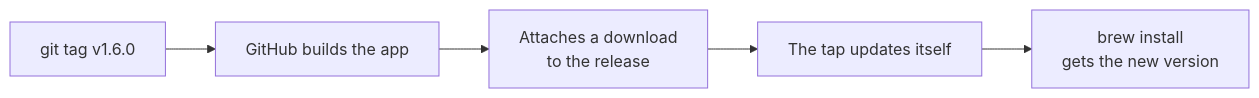
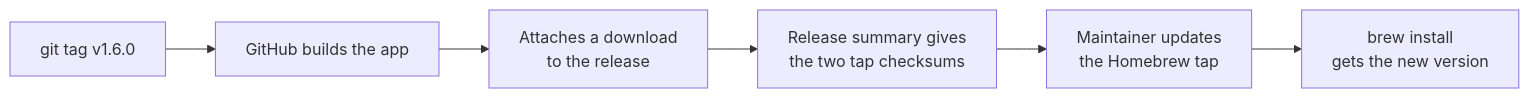
One commit to RaazKetan/creo changed the sixth of 8 diagrams in ARCHITECTURE.md. Above: the diagram before and after it, drawn with Mermaid. The commit also changed other lines of this file and 20 other files, not shown here.

````diff
--- a/ARCHITECTURE.md
+++ b/ARCHITECTURE.md
@@ -101,7 +99,8 @@
 ```mermaid
 flowchart LR
     A["git tag v1.6.0"] --> B["GitHub builds the app"]
     B --> C["Attaches a download<br/>to the release"]
-    C --> D["The tap updates itself"]
-    D --> E["brew install<br/>gets the new version"]
+    C --> D["Release summary gives<br/>the two tap checksums"]
+    D --> E["Maintainer updates<br/>the Homebrew tap"]
+    E --> F["brew install<br/>gets the new version"]
 ```
````
